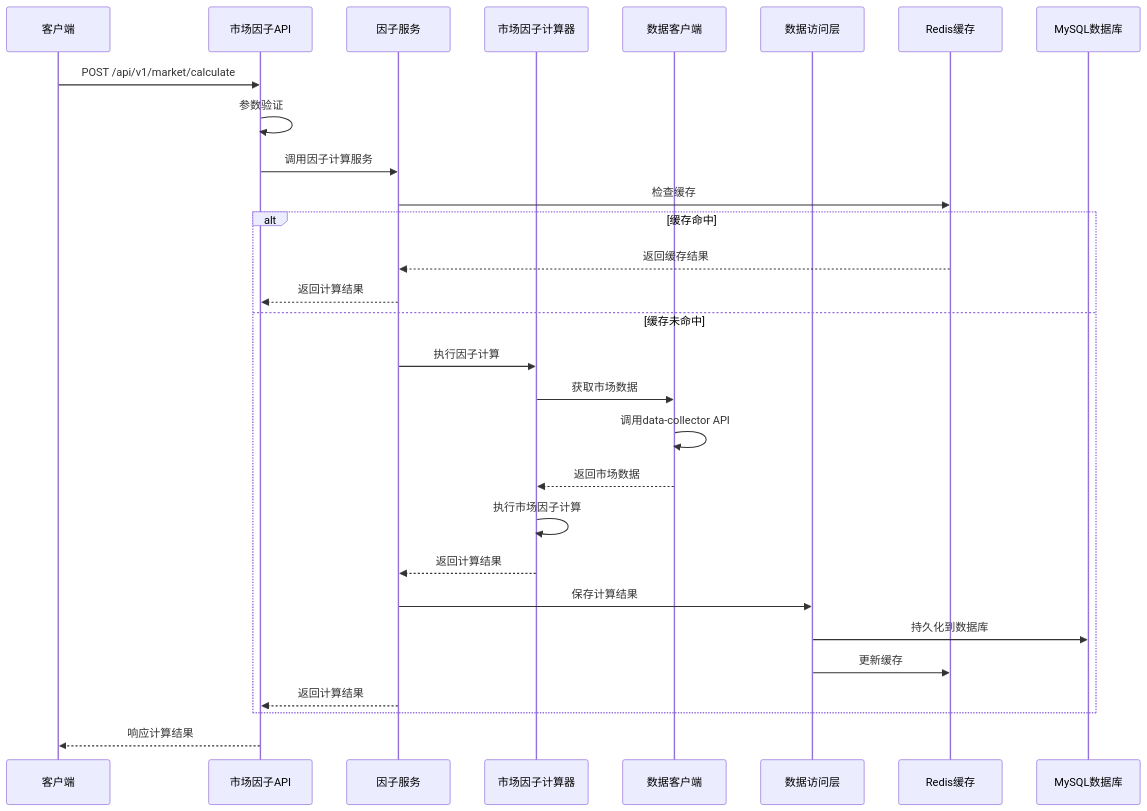
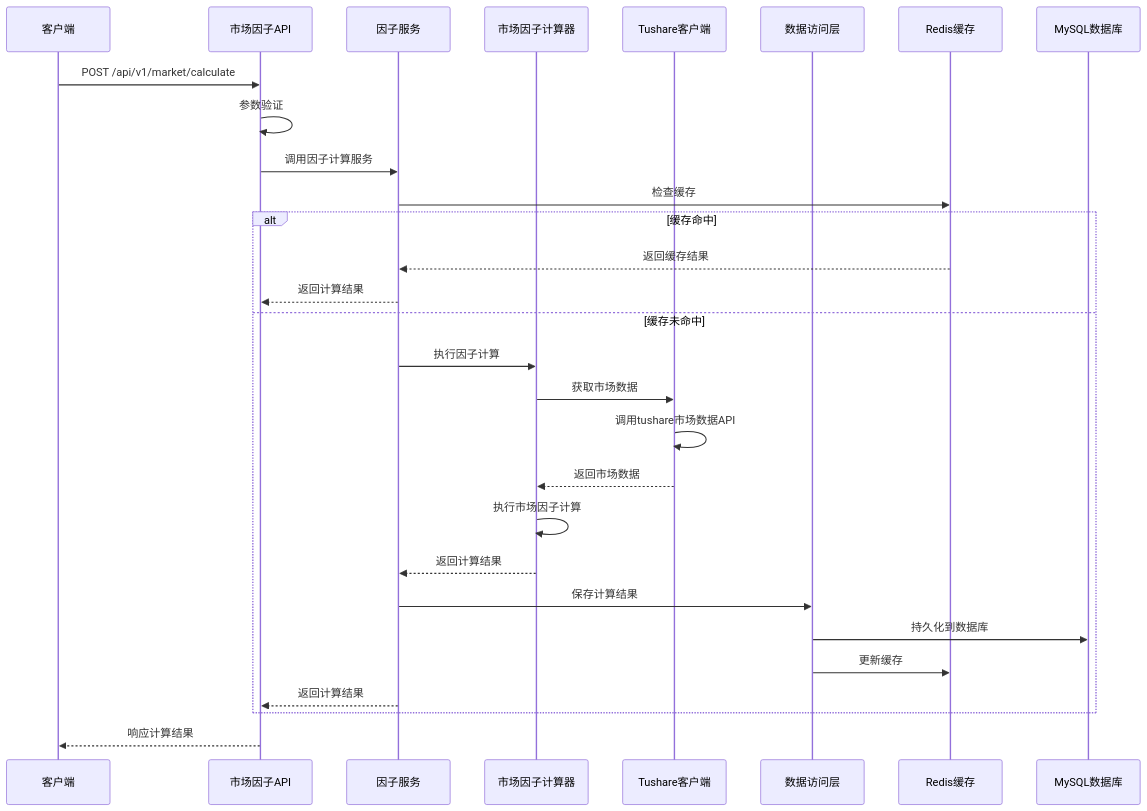
One commit to Casper-Mars/qtrade changed the third of 5 diagrams in docs/iteration-2-factor-engine/tasks.md. Above: the diagram before and after it, drawn with Mermaid. The commit also changed other lines of this file and 18 other files, not shown here.

````diff
--- a/docs/iteration-2-factor-engine/tasks.md
+++ b/docs/iteration-2-factor-engine/tasks.md
@@ -190,36 +210,36 @@
     ```mermaid
     sequenceDiagram
         participant Client as 客户端
         participant API as 市场因子API
         participant Service as 因子服务
         participant Calculator as 市场因子计算器
-        participant DataClient as 数据客户端
+        participant TushareClient as Tushare客户端
         participant DAO as 数据访问层
         participant Cache as Redis缓存
         participant DB as MySQL数据库
         
         Client->>API: POST /api/v1/market/calculate
         API->>API: 参数验证
         API->>Service: 调用因子计算服务
         
         Service->>Cache: 检查缓存
         alt 缓存命中
             Cache-->>Service: 返回缓存结果
             Service-->>API: 返回计算结果
         else 缓存未命中
             Service->>Calculator: 执行因子计算
-            Calculator->>DataClient: 获取市场数据
-            DataClient->>DataClient: 调用data-collector API
-            DataClient-->>Calculator: 返回市场数据
+            Calculator->>TushareClient: 获取市场数据
+            TushareClient->>TushareClient: 调用tushare市场数据API
+            TushareClient-->>Calculator: 返回市场数据
             Calculator->>Calculator: 执行市场因子计算
             Calculator-->>Service: 返回计算结果
             
             Service->>DAO: 保存计算结果
             DAO->>DB: 持久化到数据库
             DAO->>Cache: 更新缓存
             
             Service-->>API: 返回计算结果
         end
         
         API-->>Client: 响应计算结果
     ```
````
